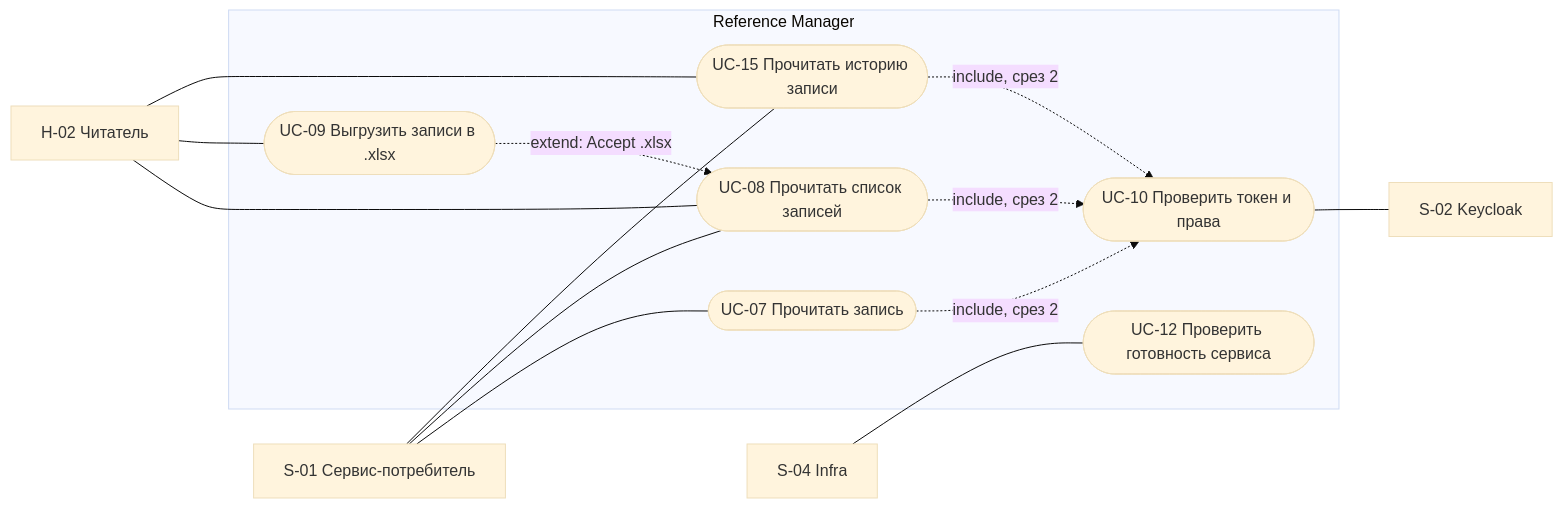
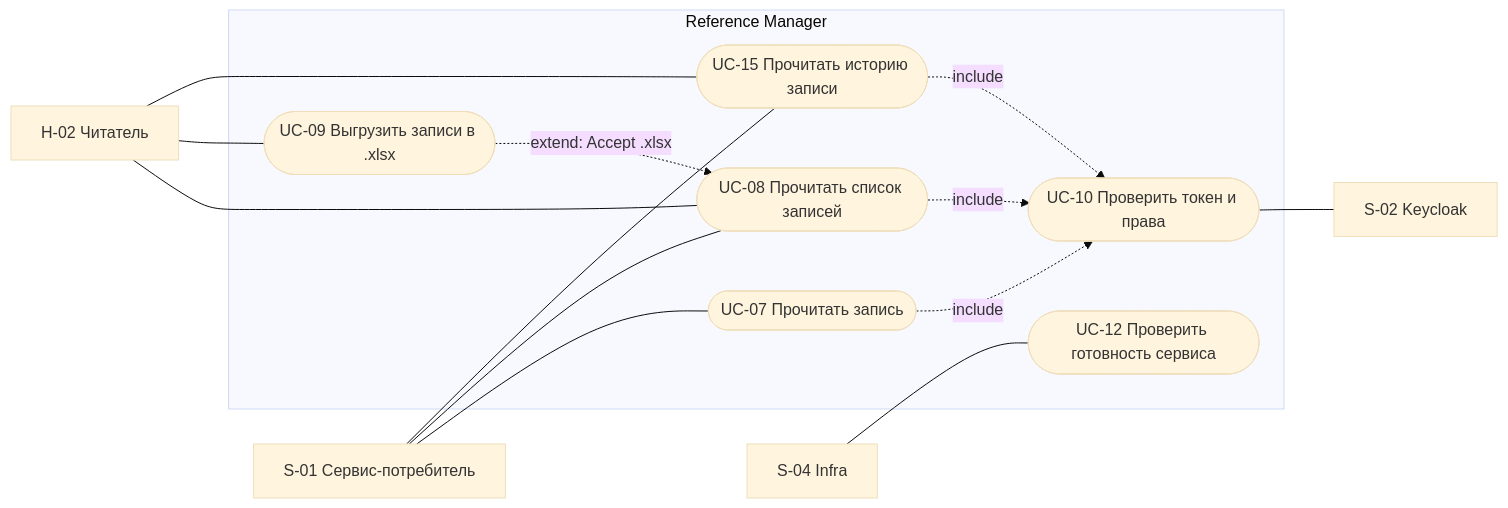
The third of 3 diagrams in reference-manager/documents/060.use-cases.md (MEPhI-C22-501/arch-info-system-monorepo), drawn with Mermaid (base theme) before and after one commit. The commit also changed other lines of this file and 32 other files, not shown here.

````diff
--- a/reference-manager/documents/060.use-cases.md
+++ b/reference-manager/documents/060.use-cases.md
@@ -45,27 +80,27 @@
 ```mermaid
 flowchart LR
     H2["H-02 Читатель"]
     S1["S-01 Сервис-потребитель"]
     S4["S-04 Infra"]
     KC["S-02 Keycloak"]
     subgraph RM["Reference Manager"]
         U7(["UC-07 Прочитать запись"])
         U8(["UC-08 Прочитать список записей"])
         U9(["UC-09 Выгрузить записи в .xlsx"])
         U10(["UC-10 Проверить токен и права"])
         U12(["UC-12 Проверить готовность сервиса"])
         U15(["UC-15 Прочитать историю записи"])
     end
     H2 --- U8
     H2 --- U9
     H2 --- U15
     S1 --- U7
     S1 --- U8
     S1 --- U15
     S4 --- U12
     U9 -.->|"extend: Accept .xlsx"| U8
-    U7 -.->|"include, срез 2"| U10
-    U8 -.->|"include, срез 2"| U10
-    U15 -.->|"include, срез 2"| U10
+    U7 -.->|"include"| U10
+    U8 -.->|"include"| U10
+    U15 -.->|"include"| U10
     U10 --- KC
 ```
````
